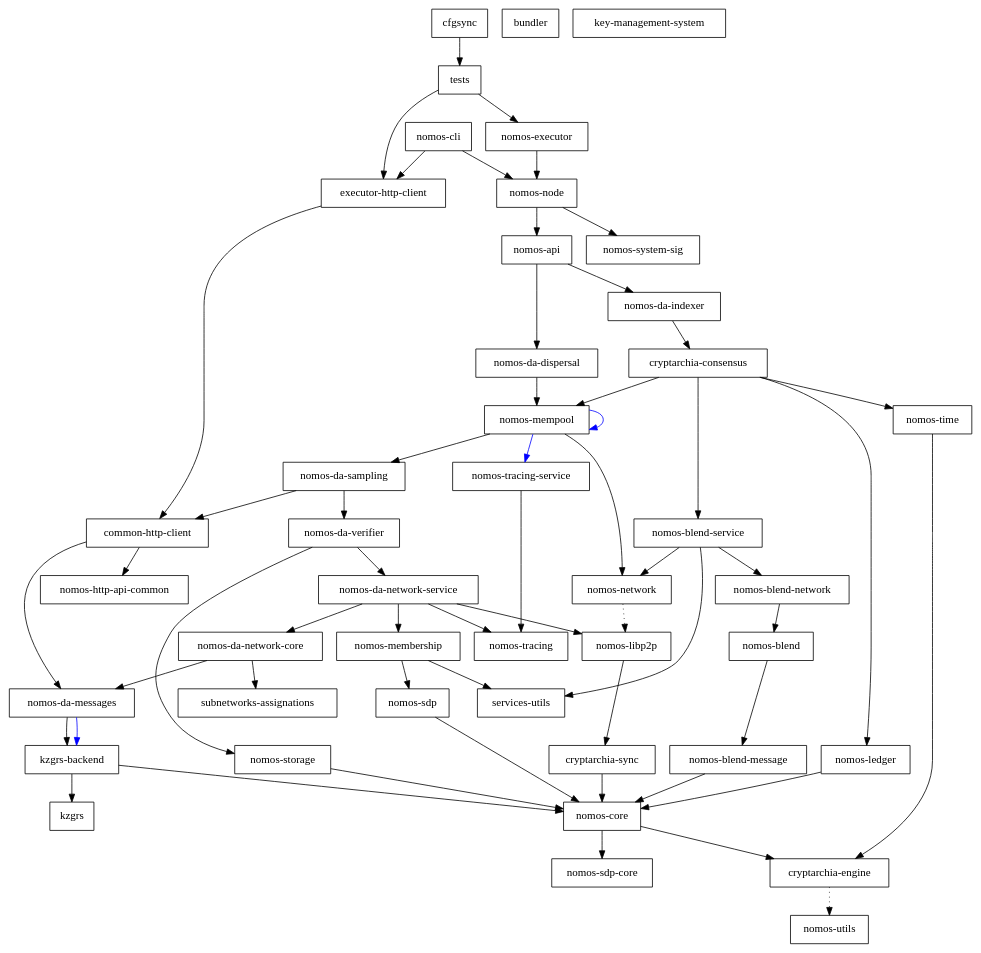
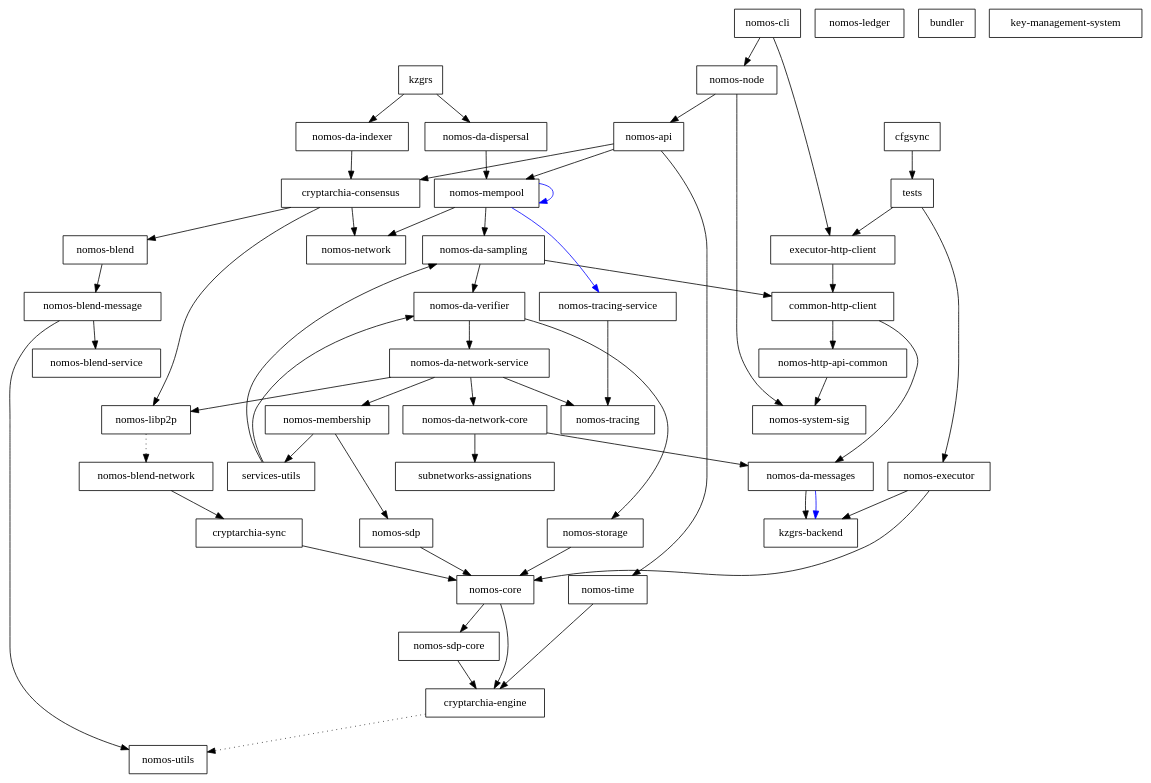
The diagram in dependencies_graph.dot (logos-co/nomos), drawn with Graphviz before and after one commit.

Commit message:
Update dependency graph

```diff
--- a/dependencies_graph.dot
+++ b/dependencies_graph.dot
@@ -1,101 +1,102 @@
 digraph {
     0 [ label = "cryptarchia-engine" shape = box]
     1 [ label = "nomos-utils" shape = box]
     2 [ label = "cryptarchia-sync" shape = box]
     3 [ label = "nomos-core" shape = box]
     4 [ label = "nomos-sdp-core" shape = box]
     5 [ label = "nomos-ledger" shape = box]
     6 [ label = "nomos-http-api-common" shape = box]
     7 [ label = "nomos-executor" shape = box]
     8 [ label = "kzgrs-backend" shape = box]
     9 [ label = "kzgrs" shape = box]
     10 [ label = "nomos-api" shape = box]
     11 [ label = "cryptarchia-consensus" shape = box]
     12 [ label = "nomos-blend-service" shape = box]
     13 [ label = "nomos-blend" shape = box]
     14 [ label = "nomos-blend-message" shape = box]
     15 [ label = "nomos-blend-network" shape = box]
     16 [ label = "nomos-libp2p" shape = box]
     17 [ label = "nomos-network" shape = box]
     18 [ label = "services-utils" shape = box]
     19 [ label = "nomos-da-sampling" shape = box]
     20 [ label = "common-http-client" shape = box]
     21 [ label = "nomos-da-messages" shape = box]
     22 [ label = "nomos-da-network-core" shape = box]
     23 [ label = "subnetworks-assignations" shape = box]
     24 [ label = "nomos-da-network-service" shape = box]
     25 [ label = "nomos-membership" shape = box]
     26 [ label = "nomos-sdp" shape = box]
     27 [ label = "nomos-tracing" shape = box]
     28 [ label = "nomos-da-verifier" shape = box]
     29 [ label = "nomos-storage" shape = box]
     30 [ label = "nomos-mempool" shape = box]
     31 [ label = "nomos-tracing-service" shape = box]
     32 [ label = "nomos-time" shape = box]
     33 [ label = "nomos-da-dispersal" shape = box]
     34 [ label = "nomos-da-indexer" shape = box]
     35 [ label = "nomos-node" shape = box]
     36 [ label = "nomos-system-sig" shape = box]
     37 [ label = "executor-http-client" shape = box]
     38 [ label = "bundler" shape = box]
     39 [ label = "nomos-cli" shape = box]
     40 [ label = "key-management-system" shape = box]
     41 [ label = "cfgsync" shape = box]
     42 [ label = "tests" shape = box]
     0 -> 1 [ style = dotted]
     2 -> 3 [ ]
     3 -> 0 [ ]
     3 -> 4 [ ]
-    5 -> 3 [ ]
-    7 -> 35 [ ]
-    8 -> 9 [ ]
-    8 -> 3 [ ]
-    10 -> 33 [ ]
-    10 -> 34 [ ]
-    11 -> 12 [ ]
-    11 -> 5 [ ]
-    11 -> 30 [ ]
-    11 -> 32 [ ]
-    12 -> 15 [ ]
-    12 -> 17 [ ]
-    12 -> 18 [ ]
+    4 -> 0 [ ]
+    6 -> 36 [ ]
+    7 -> 8 [ ]
+    7 -> 3 [ ]
+    9 -> 33 [ ]
+    9 -> 34 [ ]
+    10 -> 11 [ ]
+    10 -> 30 [ ]
+    10 -> 32 [ ]
+    11 -> 13 [ ]
+    11 -> 16 [ ]
+    11 -> 17 [ ]
     13 -> 14 [ ]
-    14 -> 3 [ ]
-    15 -> 13 [ ]
-    16 -> 2 [ ]
-    17 -> 16 [ style = dotted]
+    14 -> 12 [ ]
+    14 -> 1 [ ]
+    15 -> 2 [ ]
+    16 -> 15 [ style = dotted]
+    18 -> 19 [ ]
+    18 -> 28 [ ]
     19 -> 20 [ ]
     19 -> 28 [ ]
     20 -> 21 [ ]
     20 -> 6 [ ]
     21 -> 8 [ ]
     21 -> 8 [ color = blue]
     22 -> 21 [ ]
     22 -> 23 [ ]
     24 -> 22 [ ]
     24 -> 16 [ ]
     24 -> 25 [ ]
     24 -> 27 [ ]
     25 -> 26 [ ]
     25 -> 18 [ ]
     26 -> 3 [ ]
     28 -> 24 [ ]
     28 -> 29 [ ]
     29 -> 3 [ ]
     30 -> 19 [ ]
     30 -> 30 [ color = blue]
     30 -> 17 [ ]
     30 -> 31 [ color = blue]
     31 -> 27 [ ]
     32 -> 0 [ ]
     33 -> 30 [ ]
     34 -> 11 [ ]
     35 -> 10 [ ]
     35 -> 36 [ ]
     37 -> 20 [ ]
     39 -> 37 [ ]
     39 -> 35 [ ]
     41 -> 42 [ ]
     42 -> 37 [ ]
     42 -> 7 [ ]
 }
```
